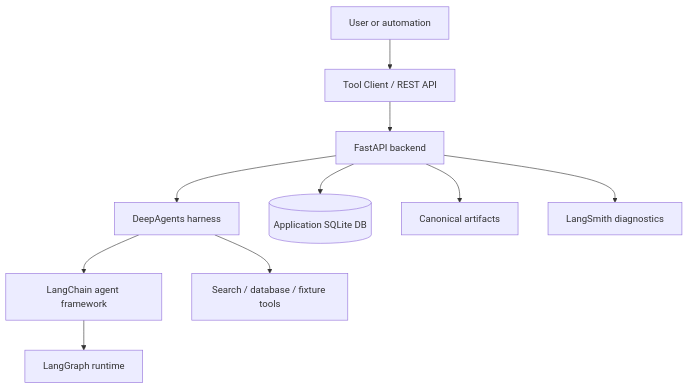
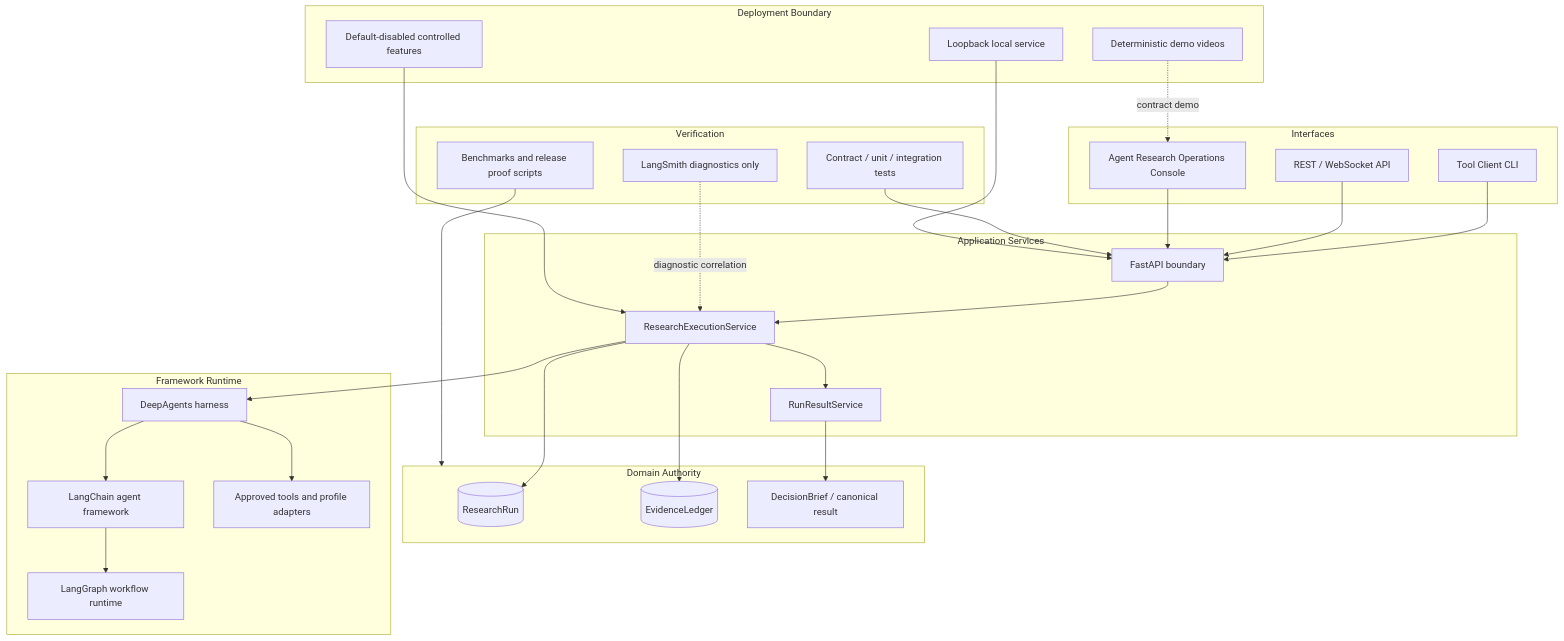
The diagram in README.md (iTao-AI/decision-research-agent), drawn with Mermaid before and after one commit. The commit also changed other lines of this file and 5 other files, not shown here.

````diff
--- a/README.md
+++ b/README.md
@@ -40,12 +55,58 @@
 ```mermaid
-flowchart TD
-    User["User or automation"] --> Tool["Tool Client / REST API"]
-    Tool --> API["FastAPI backend"]
-    API --> Harness["DeepAgents harness"]
-    Harness --> LC["LangChain agent framework"]
-    LC --> LG["LangGraph runtime"]
-    Harness --> Tools["Search / database / fixture tools"]
-    API --> DB[("Application SQLite DB")]
-    API --> Artifacts["Canonical artifacts"]
-    API --> LS["LangSmith diagnostics"]
+flowchart TB
+    subgraph Interfaces["Interfaces"]
+        CLI["Tool Client CLI"]
+        REST["REST / WebSocket API"]
+        Console["Agent Research Operations Console"]
+    end
+
+    subgraph Services["Application Services"]
+        API["FastAPI boundary"]
+        Execution["ResearchExecutionService"]
+        Result["RunResultService"]
+    end
+
+    subgraph Domain["Domain Authority"]
+        Runs[("ResearchRun")]
+        Evidence[("EvidenceLedger")]
+        Brief["DecisionBrief / canonical result"]
+    end
+
+    subgraph Runtime["Framework Runtime"]
+        DeepAgents["DeepAgents harness"]
+        LangChain["LangChain agent framework"]
+        LangGraph["LangGraph workflow runtime"]
+        Tools["Approved tools and profile adapters"]
+    end
+
+    subgraph Verification["Verification"]
+        Tests["Contract / unit / integration tests"]
+        Gates["Benchmarks and release proof scripts"]
+        LangSmith["LangSmith diagnostics only"]
+    end
+
+    subgraph Deployment["Deployment Boundary"]
+        Local["Loopback local service"]
+        Flags["Default-disabled controlled features"]
+        PublicDemo["Deterministic demo videos"]
+    end
+
+    CLI --> API
+    REST --> API
+    Console --> API
+    API --> Execution
+    Execution --> Result
+    Execution --> Runs
+    Execution --> Evidence
+    Result --> Brief
+    Execution --> DeepAgents
+    DeepAgents --> LangChain
+    LangChain --> LangGraph
+    DeepAgents --> Tools
+    Tests --> API
+    Gates --> Domain
+    LangSmith -. diagnostic correlation .-> Execution
+    Local --> API
+    Flags --> Execution
+    PublicDemo -. contract demo .-> Console
 ```
````
